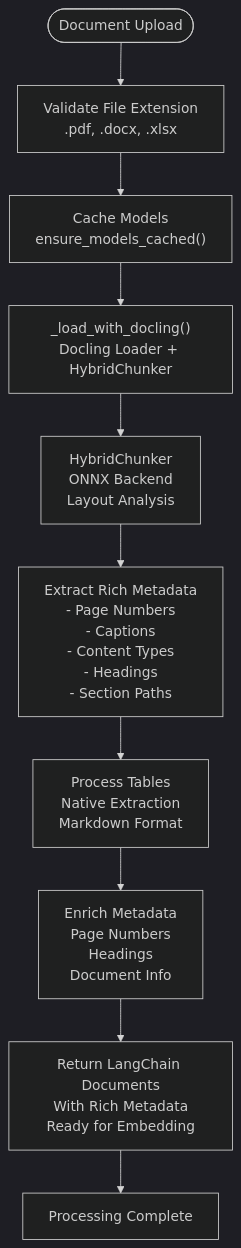
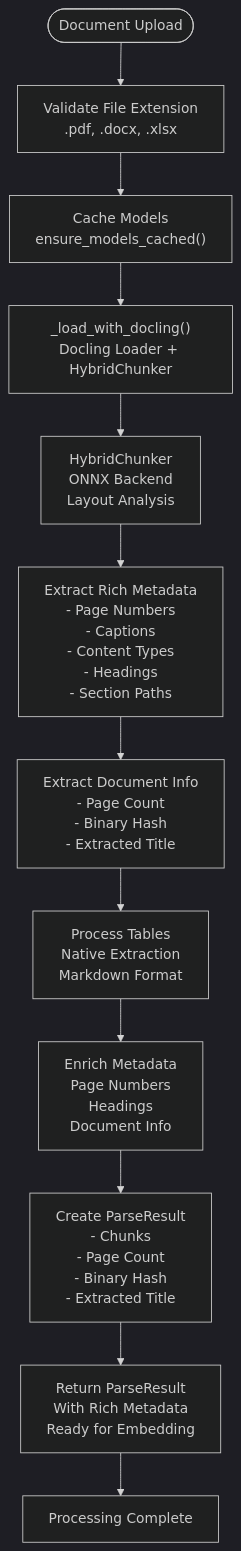
Before and after one commit to ognelis/cafetera_hr_bot: the fourth of 13 diagrams in .qoder/repowiki/en/content/RAG Integration/RAG Parser Enhancement.md, drawn with Mermaid (dark theme). The commit also changed other lines of this file and 9 other files, not shown here.

````diff
--- a/.qoder/repowiki/en/content/RAG Integration/RAG Parser Enhancement.md
+++ b/.qoder/repowiki/en/content/RAG Integration/RAG Parser Enhancement.md
@@ -229,12 +290,14 @@
 ```mermaid
 flowchart TD
 Start(["Document Upload"]) --> Validate["Validate File Extension<br/>.pdf, .docx, .xlsx"]
 Validate --> CacheModels["Cache Models<br/>ensure_models_cached()"]
 CacheModels --> LoadDocling["_load_with_docling()<br/>Docling Loader + HybridChunker"]
 LoadDocling --> HybridChunker["HybridChunker<br/>ONNX Backend<br/>Layout Analysis"]
 HybridChunker --> ExtractMetadata["Extract Rich Metadata<br/>- Page Numbers<br/>- Captions<br/>- Content Types<br/>- Headings<br/>- Section Paths"]
-ExtractMetadata --> ProcessTables["Process Tables<br/>Native Extraction<br/>Markdown Format"]
+ExtractMetadata --> ExtractDocumentInfo["Extract Document Info<br/>- Page Count<br/>- Binary Hash<br/>- Extracted Title"]
+ExtractDocumentInfo --> ProcessTables["Process Tables<br/>Native Extraction<br/>Markdown Format"]
 ProcessTables --> EnrichMetadata["Enrich Metadata<br/>Page Numbers<br/>Headings<br/>Document Info"]
-EnrichMetadata --> ReturnDocs["Return LangChain Documents<br/>With Rich Metadata<br/>Ready for Embedding"]
-ReturnDocs --> Complete["Processing Complete"]
+EnrichMetadata --> CreateParseResult["Create ParseResult<br/>- Chunks<br/>- Page Count<br/>- Binary Hash<br/>- Extracted Title"]
+CreateParseResult --> ReturnParseResult["Return ParseResult<br/>With Rich Metadata<br/>Ready for Embedding"]
+ReturnParseResult --> Complete["Processing Complete"]
 ```
````
